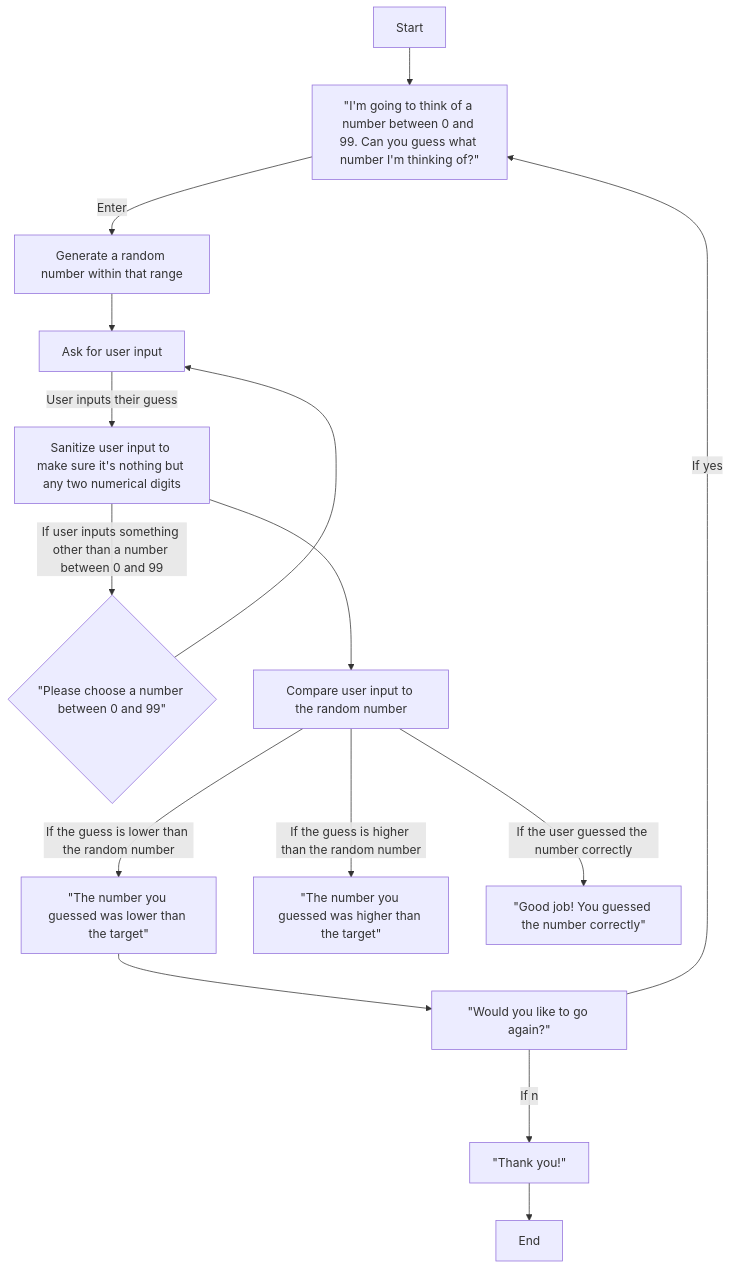
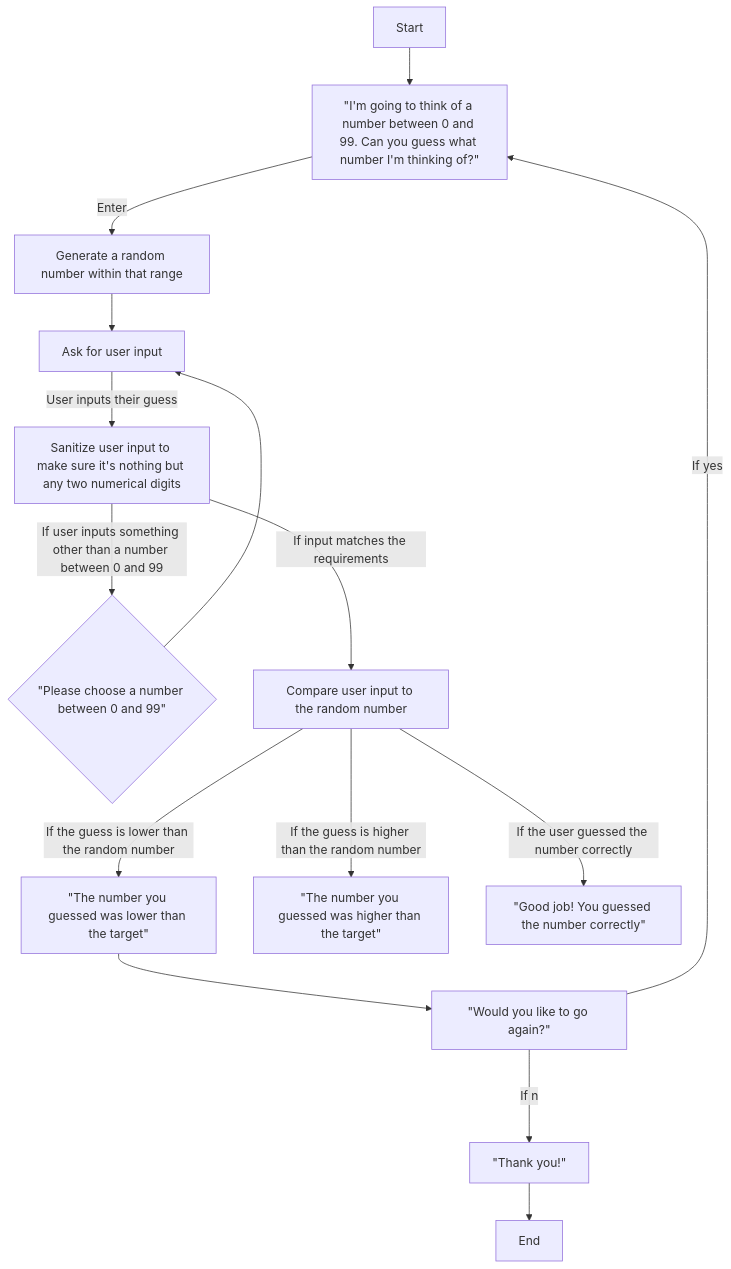
One commit to melanieb98/melanieb98 changed the diagram in Diagram.md. Above: the diagram before and after it, drawn with Mermaid.

````diff
--- a/Diagram.md
+++ b/Diagram.md
@@ -1,20 +1,20 @@
 ```mermaid
 
 flowchart TD
 
     Start[Start]-->st1[#quot;I'm going to think of a number between 0 and 99. Can you guess what number I'm thinking of?#quot;];
     st1--Enter-->st1.1[Generate a random number within that range];
     st1.1-->st2[Ask for user input];
     st2--User inputs their guess-->st3[Sanitize user input to make sure it's nothing but any two numerical digits];
     st3--If user inputs something other than a number between 0 and 99-->st3.1{#quot;Please choose a number between 0 and 99#quot;};
     st3.1-->st2;
-    st3-->st4[Compare user input to the random number];
+    st3--If input matches the requirements-->st4[Compare user input to the random number];
     st4--If the guess is lower than the random number-->lower[#quot;The number you guessed was lower than the target#quot;];
     st4--If the guess is higher than the random number-->higher[#quot;The number you guessed was higher than the target#quot;];
     st4--If the user guessed the number correctly-->correct[#quot;Good job! You guessed the number correctly#quot;];
     lower-->repeat[#quot;Would you like to go again?#quot;];
     repeat--If yes-->st1;
     repeat--If no-->stop[#quot;Thank you!#quot;];
     stop-->End[End];
 
 ```
````
